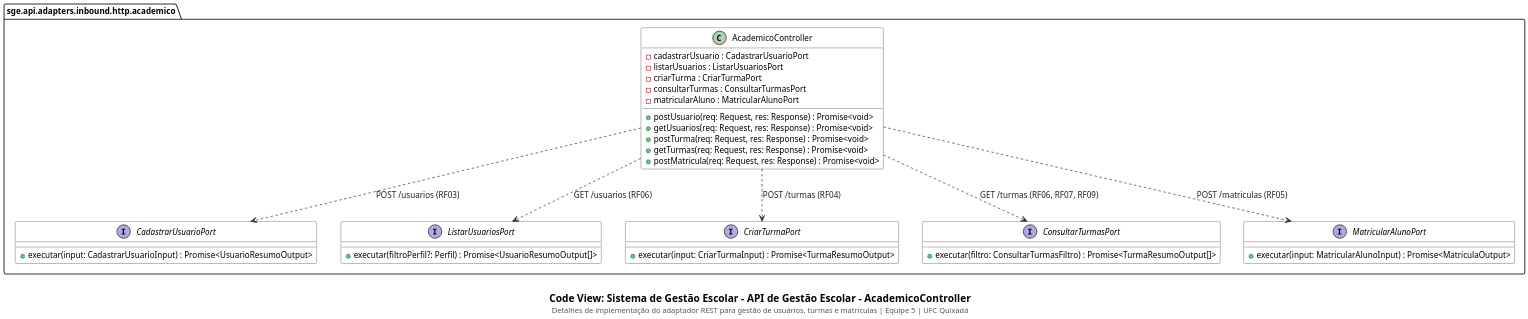
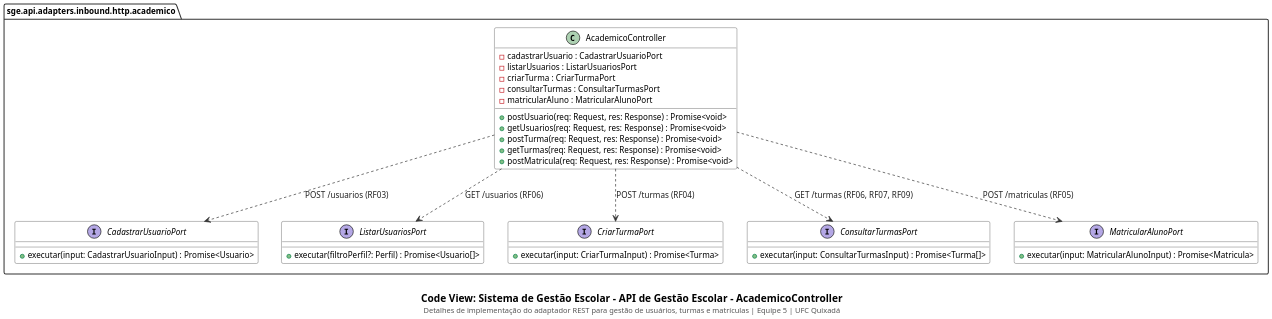
The diagram in docs/code/academico-controller.puml (cicerocarnauba/sistema-gestao-escolar), drawn with PlantUML before and after one commit. The commit also changed 8 other files, not shown here.

Commit message:
docs: alinha nomenclatura entre diagramas C3 (componentes) e C4 (código)

```diff
--- a/docs/code/academico-controller.puml
+++ b/docs/code/academico-controller.puml
@@ -1,63 +1,63 @@
 @startuml
 set separator none
 top to bottom direction
 skinparam backgroundColor #FFFFFF
 skinparam shadowing false
 skinparam dpi 180
 skinparam defaultFontName "SansSerif"
 skinparam defaultFontSize 12
 skinparam packageStyle folder
 skinparam packageBackgroundColor #FFFFFF
 skinparam packageBorderColor #333333
 skinparam packageFontStyle bold
 skinparam classBackgroundColor #FFFFFF
 skinparam classHeaderBackgroundColor #FFFFFF
 skinparam classBorderColor #333333
 skinparam arrowColor #333333
 skinparam arrowFontColor #222222
 skinparam noteBackgroundColor #FAFAFA
 skinparam noteBorderColor #666666
 
 package "sge.api.adapters.inbound.http.academico" {
     interface CadastrarUsuarioPort {
-        + executar(input: CadastrarUsuarioInput) : Promise<UsuarioResumoOutput>
+        + executar(input: CadastrarUsuarioInput) : Promise<Usuario>
     }
 
     interface ListarUsuariosPort {
-        + executar(filtroPerfil?: Perfil) : Promise<UsuarioResumoOutput[]>
+        + executar(filtroPerfil?: Perfil) : Promise<Usuario[]>
     }
 
     interface CriarTurmaPort {
-        + executar(input: CriarTurmaInput) : Promise<TurmaResumoOutput>
+        + executar(input: CriarTurmaInput) : Promise<Turma>
     }
 
     interface ConsultarTurmasPort {
-        + executar(filtro: ConsultarTurmasFiltro) : Promise<TurmaResumoOutput[]>
+        + executar(input: ConsultarTurmasInput) : Promise<Turma[]>
     }
 
     interface MatricularAlunoPort {
-        + executar(input: MatricularAlunoInput) : Promise<MatriculaOutput>
+        + executar(input: MatricularAlunoInput) : Promise<Matricula>
     }
 
     class AcademicoController {
         - cadastrarUsuario : CadastrarUsuarioPort
         - listarUsuarios : ListarUsuariosPort
         - criarTurma : CriarTurmaPort
         - consultarTurmas : ConsultarTurmasPort
         - matricularAluno : MatricularAlunoPort
         + postUsuario(req: Request, res: Response) : Promise<void>
         + getUsuarios(req: Request, res: Response) : Promise<void>
         + postTurma(req: Request, res: Response) : Promise<void>
         + getTurmas(req: Request, res: Response) : Promise<void>
         + postMatricula(req: Request, res: Response) : Promise<void>
     }
 
     AcademicoController ..> CadastrarUsuarioPort : POST /usuarios (RF03)
     AcademicoController ..> ListarUsuariosPort : GET /usuarios (RF06)
     AcademicoController ..> CriarTurmaPort : POST /turmas (RF04)
     AcademicoController ..> ConsultarTurmasPort : GET /turmas (RF06, RF07, RF09)
     AcademicoController ..> MatricularAlunoPort : POST /matriculas (RF05)
 }
 
 caption \n<size:15><b>Code View: Sistema de Gestão Escolar - API de Gestão Escolar - AcademicoController</b></size>\n<size:11><color:#555555>Detalhes de implementação do adaptador REST para gestão de usuários, turmas e matrículas | Equipe 5 | UFC Quixadá</color></size>
 @enduml
```
